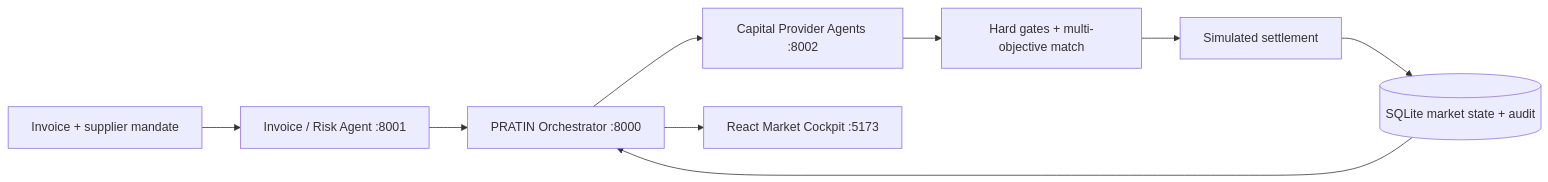
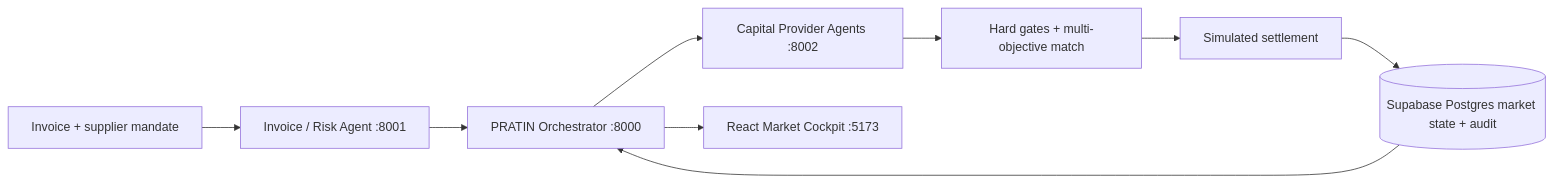
One commit to pratyushdeosingh/PRATIN changed the diagram in README.md. Above: the diagram before and after it, drawn with Mermaid. The commit also changed other lines of this file and 9 other files, not shown here.

````diff
--- a/README.md
+++ b/README.md
@@ -17,11 +17,11 @@
 ```mermaid
 flowchart LR
   I[Invoice + supplier mandate] --> R[Invoice / Risk Agent :8001]
   R --> O[PRATIN Orchestrator :8000]
   O --> C[Capital Provider Agents :8002]
   C --> M[Hard gates + multi-objective match]
   M --> S[Simulated settlement]
-  S --> DB[(SQLite market state + audit)]
+  S --> DB[(Supabase Postgres market state + audit)]
   DB --> O
   O --> UI[React Market Cockpit :5173]
 ```
````
